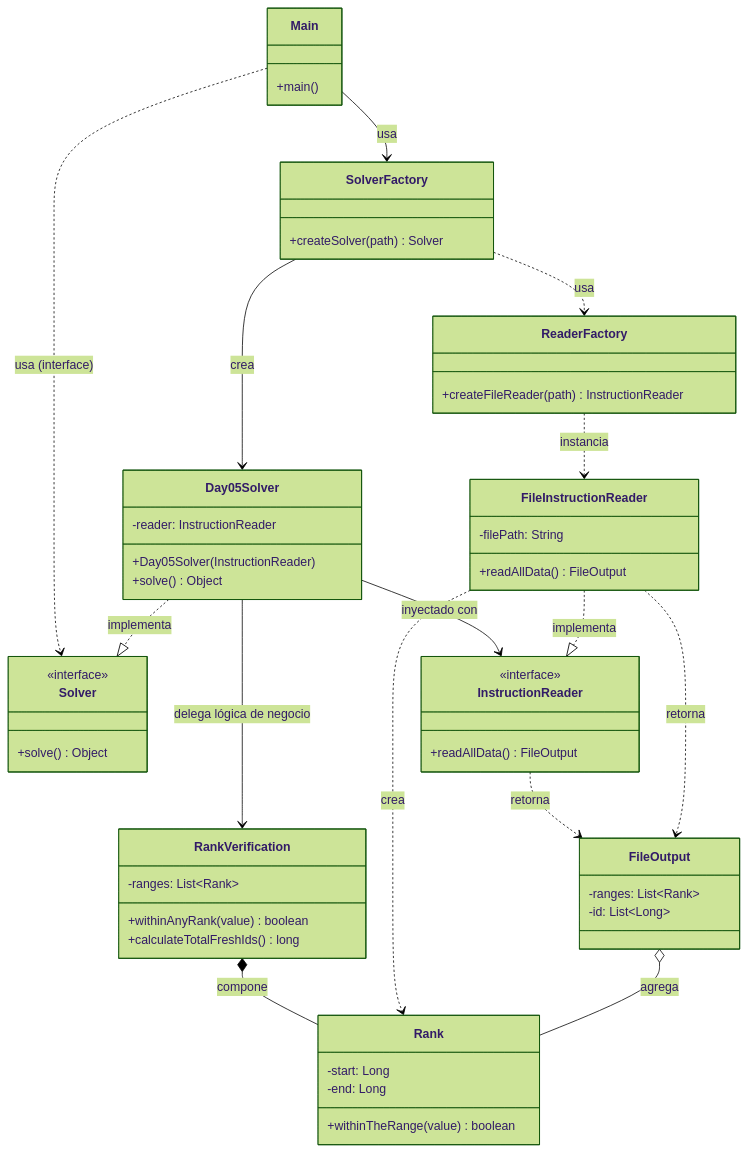
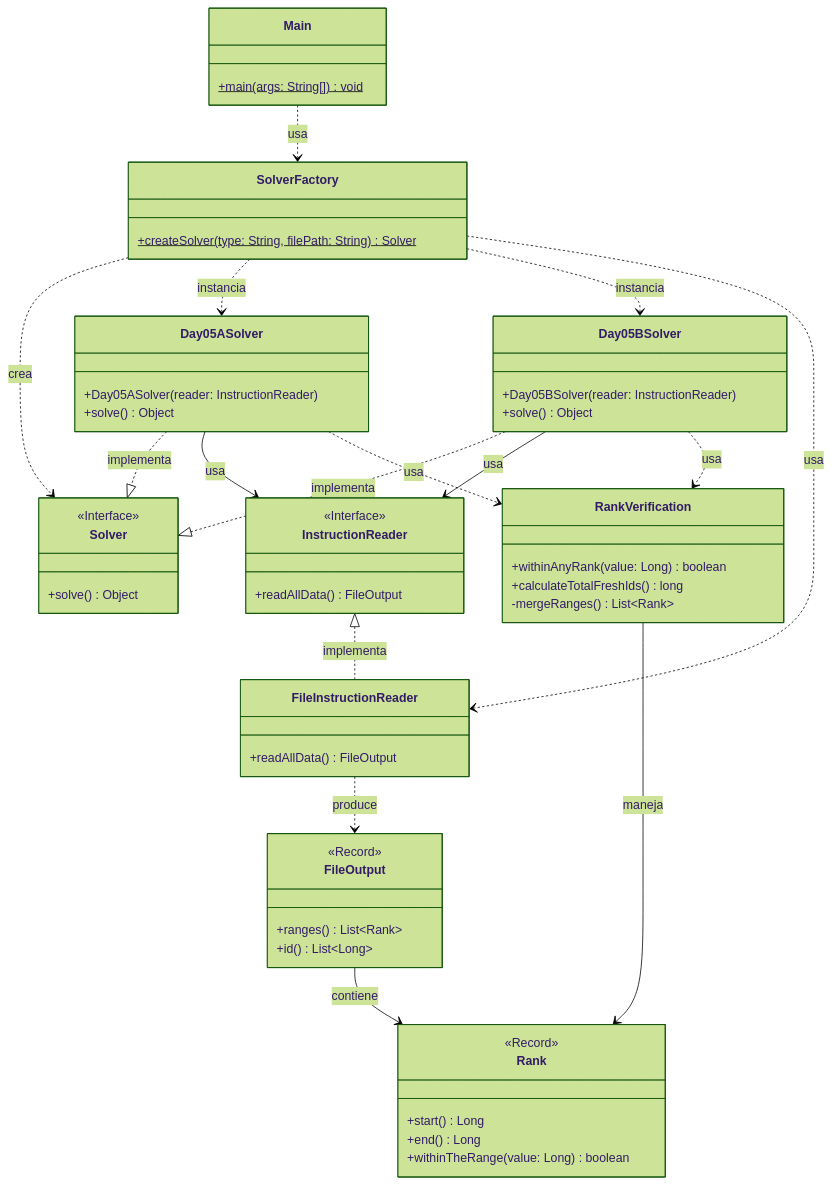
Before and after one commit to Carlossr2401/AdventOfCode5-2025: the diagram in README.md, drawn with Mermaid (forest theme). The commit also changed other lines of this file and 27 other files, not shown here.

````diff
--- a/README.md
+++ b/README.md
@@ -64,69 +53,73 @@
 ```mermaid
 classDiagram
-    %% Clases principales de la arquitectura
     class Main {
-        +main()
+        +main(args: String[]) void$
+    }
+
+    class SolverFactory {
+        +createSolver(type: String, filePath: String) Solver$
     }
 
     class Solver {
-        <<interface>>
+        <<Interface>>
         +solve() Object
     }
 
-    class Day05Solver {
-        -reader: InstructionReader
-        +Day05Solver(InstructionReader)
+    class Day05ASolver {
+        +Day05ASolver(reader: InstructionReader)
         +solve() Object
     }
 
-    class SolverFactory {
-        +createSolver(path) Solver
+    class Day05BSolver {
+        +Day05BSolver(reader: InstructionReader)
+        +solve() Object
     }
 
     class InstructionReader {
-        <<interface>>
+        <<Interface>>
         +readAllData() FileOutput
     }
 
     class FileInstructionReader {
-        -filePath: String
         +readAllData() FileOutput
     }
 
-    class ReaderFactory {
-        +createFileReader(path) InstructionReader
+    class FileOutput {
+        <<Record>>
+        +ranges() List~Rank~
+        +id() List~Long~
     }
 
     class RankVerification {
-        -ranges: List~Rank~
-        +withinAnyRank(value) boolean
+        +withinAnyRank(value: Long) boolean
         +calculateTotalFreshIds() long
+        -mergeRanges() List~Rank~
     }
 
     class Rank {
-        -start: Long
-        -end: Long
-        +withinTheRange(value) boolean
+        <<Record>>
+        +start() Long
+        +end() Long
+        +withinTheRange(value: Long) boolean
     }
 
-    class FileOutput {
-        -ranges: List~Rank~
-        -id: List~Long~
-    }
+    Main ..> SolverFactory : usa
+    SolverFactory ..> Solver : crea
+    SolverFactory ..> Day05ASolver : instancia
+    SolverFactory ..> Day05BSolver : instancia
+    SolverFactory ..> FileInstructionReader : usa
 
-    %% Relaciones
-    Main --> SolverFactory : usa
-    SolverFactory --> Day05Solver : crea
-    SolverFactory ..> ReaderFactory : usa
-    Main ..> Solver : usa (interface)
-    Day05Solver ..|> Solver : implementa
-    Day05Solver --> InstructionReader : inyectado con
-    FileInstructionReader ..|> InstructionReader : implementa
-    ReaderFactory ..> FileInstructionReader : instancia
-    Day05Solver --> RankVerification : delega lógica de negocio
-    RankVerification *-- Rank : compone
-    FileInstructionReader ..> Rank : crea
-    InstructionReader ..> FileOutput : retorna
-    FileInstructionReader ..> FileOutput : retorna
-    FileOutput o-- Rank : agrega
+    Day05ASolver ..|> Solver : implementa
+    Day05BSolver ..|> Solver : implementa
+
+    Day05ASolver --> InstructionReader : usa
+    Day05BSolver --> InstructionReader : usa
+    InstructionReader <|.. FileInstructionReader : implementa
+
+    FileInstructionReader ..> FileOutput : produce
+    FileOutput --> Rank : contiene
+
+    Day05ASolver ..> RankVerification : usa
+    Day05BSolver ..> RankVerification : usa
+    RankVerification --> Rank : maneja
 ```
````
